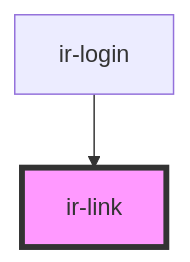
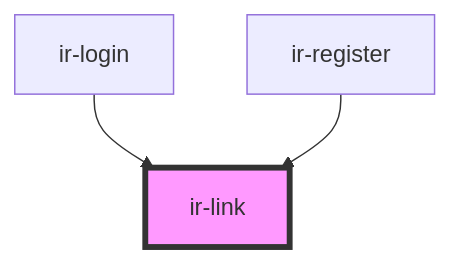
Before and after one commit to David1Chowaifaty/assignment-2-web-c: the diagram in src/components/ir-link/readme.md, drawn with Mermaid. The commit also changed other lines of this file and 8 other files, not shown here.

````diff
--- a/src/components/ir-link/readme.md
+++ b/src/components/ir-link/readme.md
@@ -23,5 +24,6 @@
 ```mermaid
 graph TD;
   ir-login --> ir-link
+  ir-register --> ir-link
   style ir-link fill:#f9f,stroke:#333,stroke-width:4px
 ```
````
